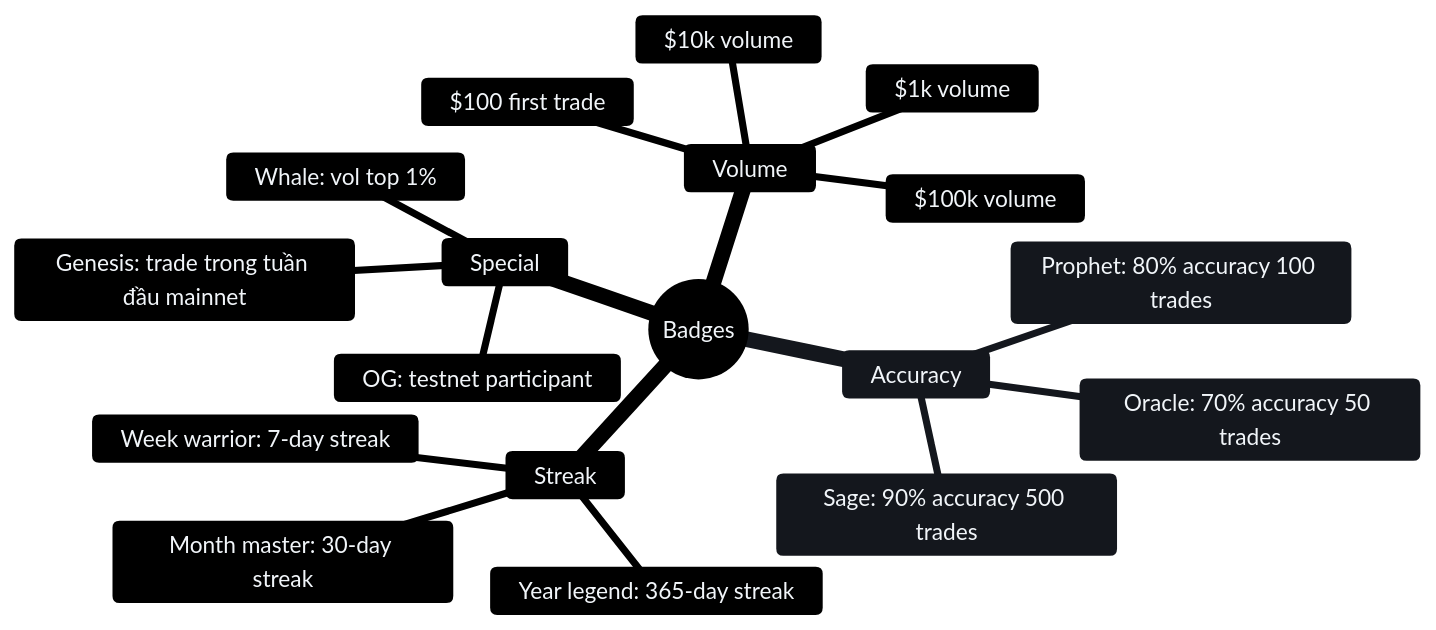
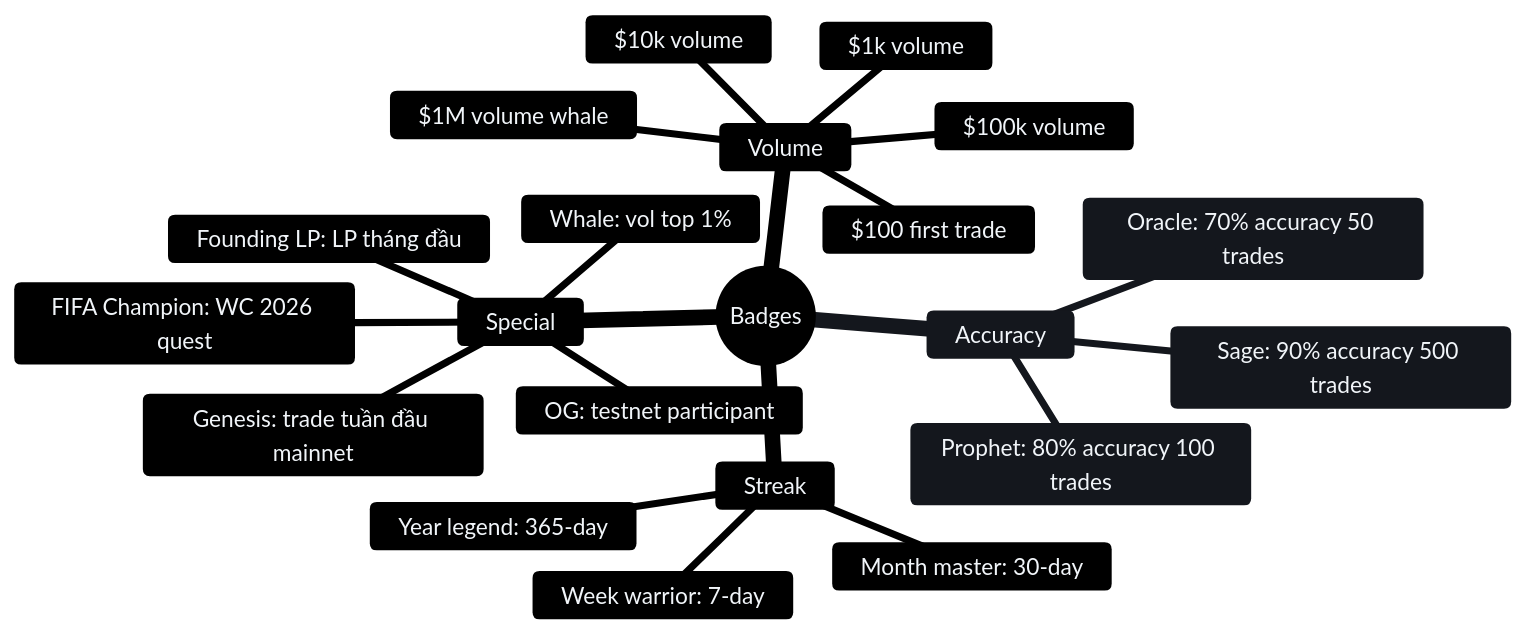
The second of 3 diagrams in vi_v6/kinh-te/rewards.md (PrediX-Protocol/predix-docs), drawn with Mermaid before and after one commit. The commit also changed other lines of this file and 11 other files, not shown here.

````diff
--- a/vi_v6/kinh-te/rewards.md
+++ b/vi_v6/kinh-te/rewards.md
@@ -59,22 +39,25 @@
 ```mermaid
 %%{init: {"theme":"base","themeVariables":{"primaryColor":"#1e293b","primaryTextColor":"#f1f5f9","primaryBorderColor":"#475569","lineColor":"#94a3b8","background":"transparent","mainBkg":"#334155","tertiaryColor":"#475569"}}}%%
 mindmap
   root((Badges))
     Volume
       $100 first trade
       $1k volume
       $10k volume
       $100k volume
+      $1M volume whale
     Accuracy
       Oracle: 70% accuracy 50 trades
       Prophet: 80% accuracy 100 trades
       Sage: 90% accuracy 500 trades
     Streak
-      Week warrior: 7-day streak
-      Month master: 30-day streak
-      Year legend: 365-day streak
+      Week warrior: 7-day
+      Month master: 30-day
+      Year legend: 365-day
     Special
-      Genesis: trade trong tuần đầu mainnet
+      Genesis: trade tuần đầu mainnet
+      OG: testnet participant
+      FIFA Champion: WC 2026 quest
       Whale: vol top 1%
-      OG: testnet participant
+      Founding LP: LP tháng đầu
 ```
````
